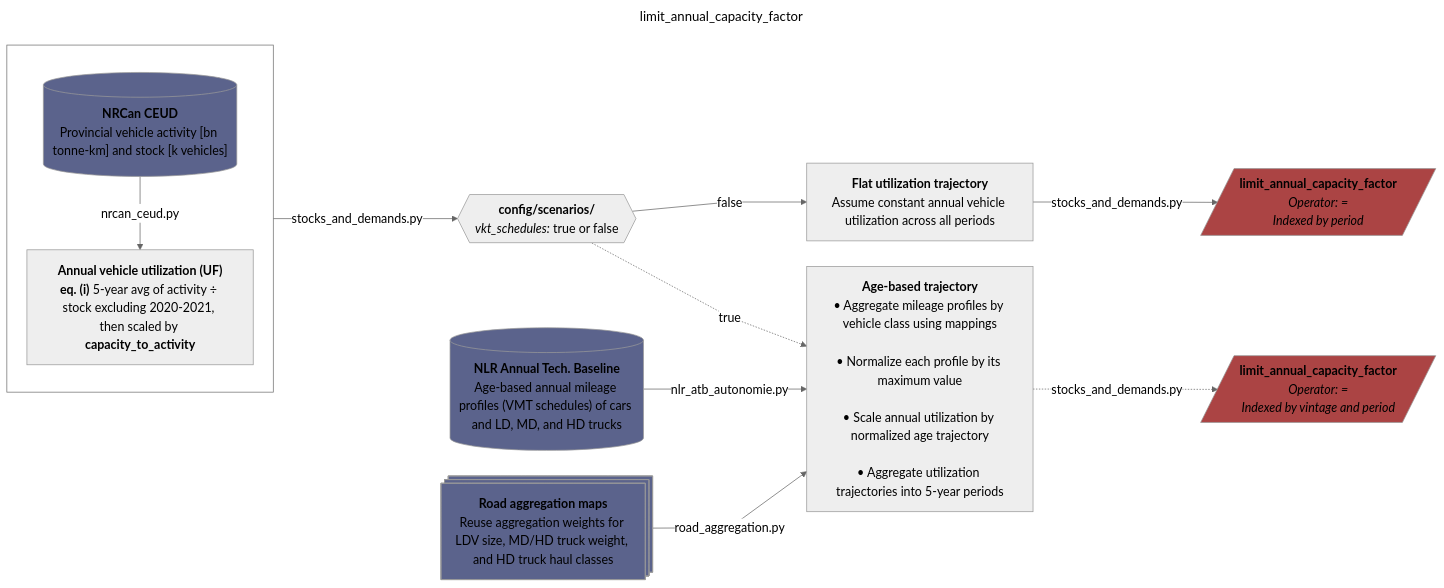
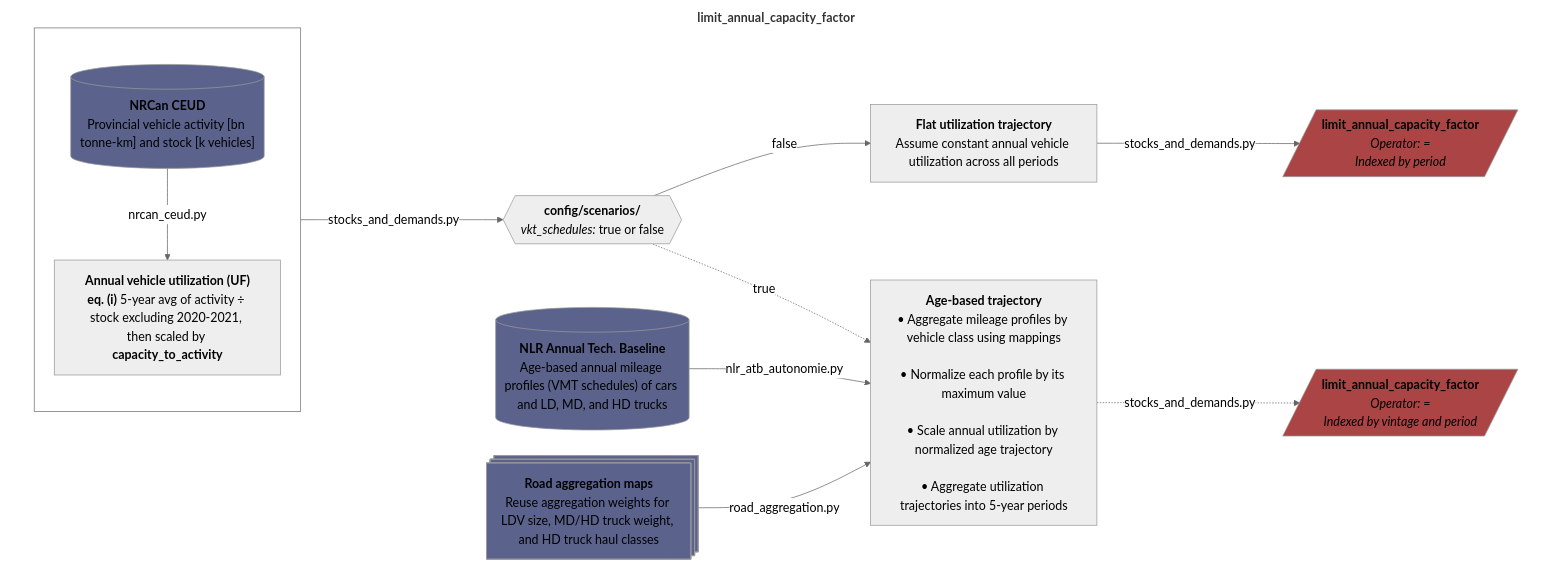
Before and after one commit to CANOE-main/canoe-transportation: the fifth of 9 diagrams in README.md, drawn with Mermaid. The commit also changed other lines of this file and 4 other files, not shown here.

Commit message:
Fixed README.md flowcharts' background and reverted utils/ into utils.py, - enclosed all diagrams inside a blank subgraph to always render a white background

````diff
--- a/README.md
+++ b/README.md
@@ -318,57 +324,60 @@
 ```mermaid
 ---
-title: limit_annual_capacity_factor
 config:
   layout: dagre
   theme: neutral
   themeVariables:
     fontSize: 17px
   flowchart:
     nodeSpacing: 35
     rankSpacing: 50
     wrappingWidth: 250
-    curve: linear
+    curve: curve
 ---
 flowchart LR
+  subgraph canvas["`**limit_annual_capacity_factor**`"]
+  direction LR
   %% --- Sources ---
   s0[("`**NRCan CEUD**<br>Provincial vehicle activity [bn tonne-km] and stock [k vehicles]`")]
   s1[("`**NLR Annual Tech. Baseline**<br>Age-based annual mileage profiles (VMT schedules) of cars and LD, MD, and HD trucks`")]
   s2@{shape: processes, label: "**Road aggregation maps**<br>Reuse aggregation weights for LDV size, MD/HD truck weight, and HD truck haul classes"}
   
   %% --- Processes ---
   subgraph utilization[" "]
 	  direction TB
 	  p0["`**Annual vehicle utilization (UF)**<br>**eq. (i)** 5-year avg of activity ÷ stock excluding 2020-2021, then scaled by **capacity_to_activity**`"]
 	  s0 -- nrcan_ceud.py --> p0
   end
   style utilization fill:transparent,color:transparent
     
   p1@{shape: hex, label: "**config/scenarios/**<br>*vkt_schedules:* true or false"}
   utilization -- stocks_and_demands.py --> p1
     
   p2["`**Flat utilization trajectory**<br>Assume constant annual vehicle utilization across all periods`"]
   p1 -- false --> p2
   
   o1[/"`**limit_annual_capacity_factor**<br>*Operator: =*<br>*Indexed by period*`"/]
   p2 -- stocks_and_demands.py --> o1
   
   p3["`**Age-based trajectory**<br>• Aggregate mileage profiles by vehicle class using mappings<br><br>• Normalize each profile by its maximum value<br><br>• Scale annual utilization by normalized age trajectory<br><br>• Aggregate utilization trajectories into 5-year periods`"]
   p1 -. true .-> p3
   s1 -- nlr_atb_autonomie.py --> p3
   s2 -- road_aggregation.py --> p3
   
   o2[/"`**limit_annual_capacity_factor**<br>*Operator: =*<br>*Indexed by vintage and period*`"/]
   p3 -. "stocks_and_demands.py" .-> o2
+  end
   
   %% --- Styling ---
+  style canvas fill:#ffffff,stroke:#ffffff
   classDef database fill:#5b638c
   classDef doc fill:#608c5b
   classDef output fill:#ab4444
 
   class s0,s1,s2,s3 database;
   class o1,o2 output;
 
   %% --- Hyperlinks ---
   click s0 "https://oee.nrcan.gc.ca/corporate/statistics/neud/dpa/menus/trends/comprehensive_tables/list.cfm"
   click s1 "https://atb.nlr.gov/transportation/2024/data"
 ```
````
